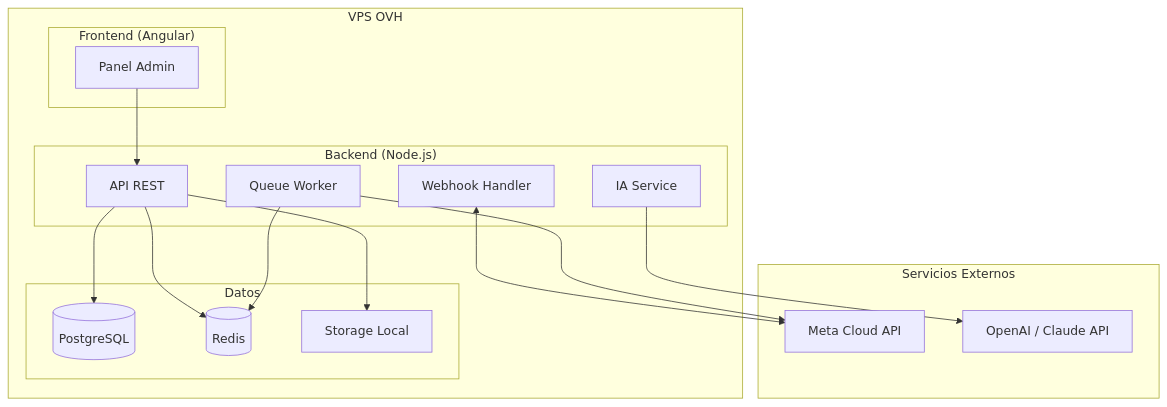
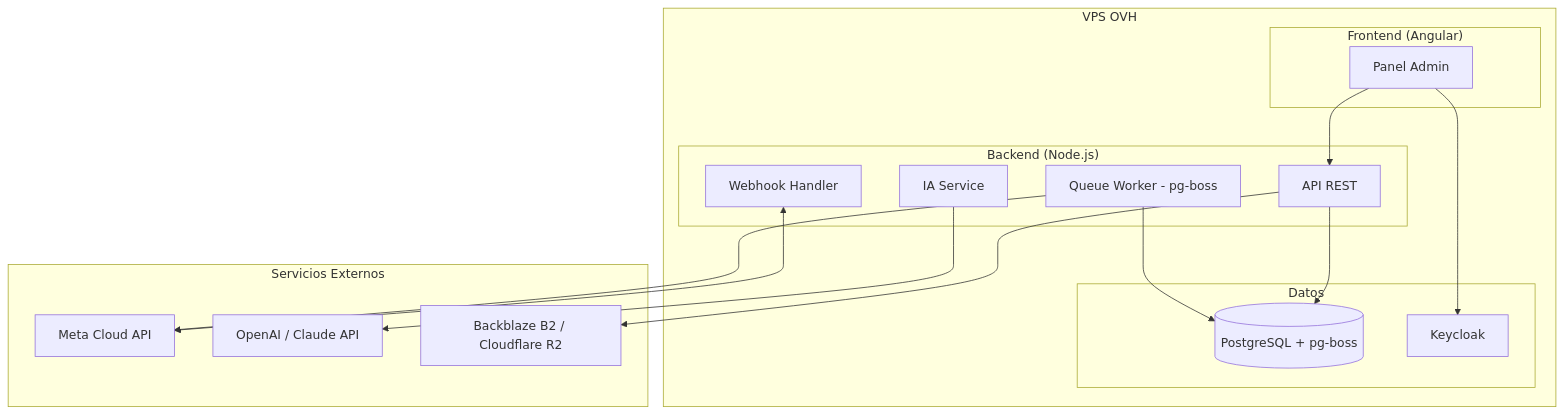
The second of 8 diagrams in roadmap.md (erikaluciafuertes/Project-Proposals), drawn with Mermaid before and after one commit. The commit also changed other lines of this file, not shown here.

````diff
--- a/roadmap.md
+++ b/roadmap.md
@@ -56,35 +57,35 @@
 ```mermaid
 flowchart TB
     subgraph VPS["VPS OVH"]
         subgraph FRONTEND["Frontend (Angular)"]
             F1[Panel Admin]
         end
         
         subgraph BACKEND["Backend (Node.js)"]
             B1[API REST]
             B2[Webhook Handler]
-            B3[Queue Worker]
+            B3[Queue Worker - pg-boss]
             B4[IA Service]
         end
         
         subgraph DATA["Datos"]
-            D1[(PostgreSQL)]
-            D2[(Redis)]
-            D3[Storage Local]
+            D1[(PostgreSQL + pg-boss)]
+            D2[Keycloak]
         end
     end
     
     subgraph EXTERNAL["Servicios Externos"]
         E1[Meta Cloud API]
         E2[OpenAI / Claude API]
+        E3[Backblaze B2 / Cloudflare R2]
     end
     
+    F1 --> D2
     F1 --> B1
     B1 --> D1
-    B1 --> D2
-    B1 --> D3
+    B1 --> E3
     B2 <--> E1
-    B3 --> D2
+    B3 --> D1
     B3 --> E1
     B4 --> E2
 ```
````
